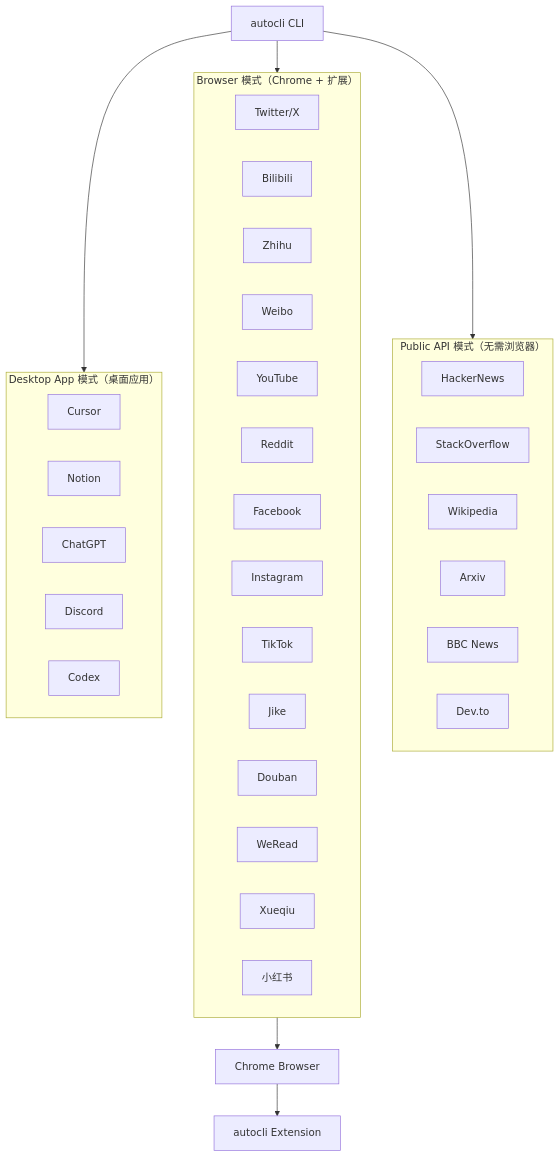
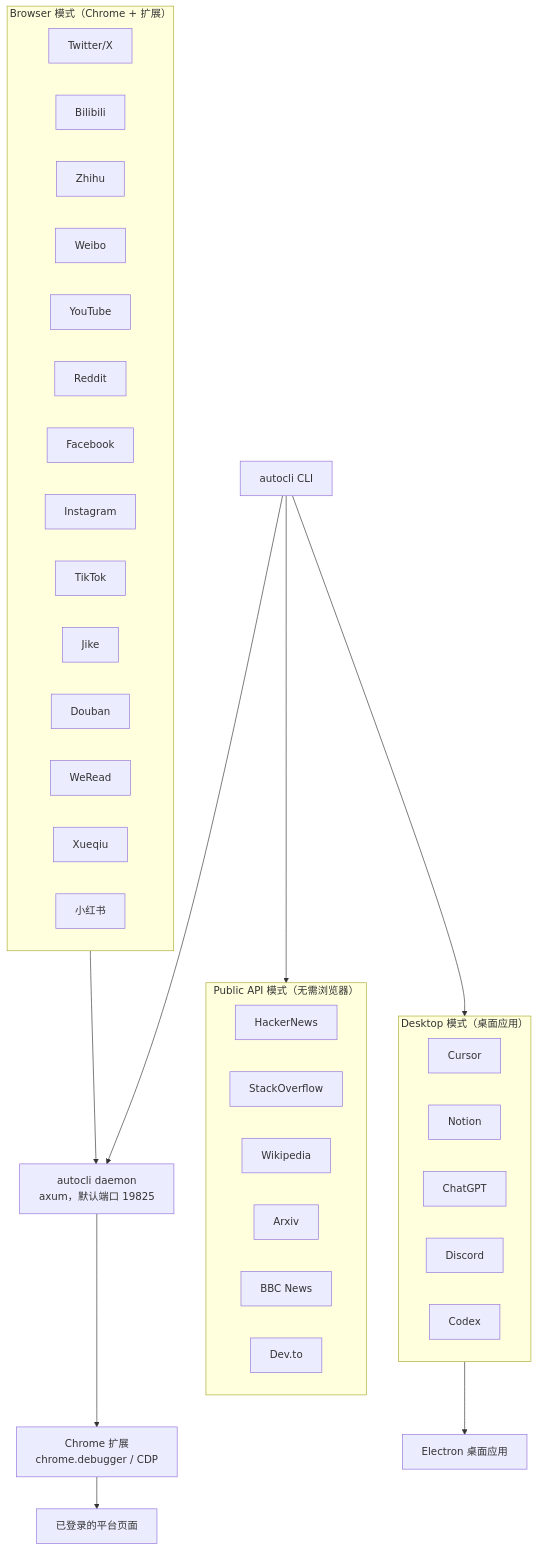
The diagram in content/posts/tech/autocli-skill-55-platforms-cli.md (A1pha3/text-matrix), drawn with Mermaid before and after one commit. The commit also changed other lines of this file and 331 other files, not shown here.

````diff
--- a/content/posts/tech/autocli-skill-55-platforms-cli.md
+++ b/content/posts/tech/autocli-skill-55-platforms-cli.md
@@ -67,43 +74,44 @@
 ```mermaid
 graph TB
  subgraph Public_API["Public API 模式（无需浏览器）"]
  HN[HackerNews]
  SO[StackOverflow]
  WIKI[Wikipedia]
  ARXIV[Arxiv]
  BBC[BBC News]
  DEV[Dev.to]
  end
 
  subgraph Browser_Mode["Browser 模式（Chrome + 扩展）"]
  TW[Twitter/X]
  BB[Bilibili]
  ZH[Zhihu]
  WB[Weibo]
  YT[YouTube]
  RD[Reddit]
  FB[Facebook]
  IG[Instagram]
  TT[TikTok]
  JK[Jike]
  DB[Douban]
  WR[WeRead]
  XQ[Xueqiu]
  BH[小红书]
  end
 
- subgraph Desktop_Mode["Desktop App 模式（桌面应用）"]
+ subgraph Desktop_Mode["Desktop 模式（桌面应用）"]
  CU[Cursor]
  NT[Notion]
  CG[ChatGPT]
  DC[Discord]
  CX[Codex]
  end
 
  CLI[autocli CLI] --> Public_API
- CLI --> Browser_Mode
+ CLI --> Daemon[autocli daemon<br/>axum，默认端口 19825]
+ Daemon --> Ext[Chrome 扩展<br/>chrome.debugger / CDP]
+ Ext --> Page[已登录的平台页面]
+ Browser_Mode --> Daemon
  CLI --> Desktop_Mode
-
- Browser_Mode --> Chrome[Chrome Browser]
- Chrome --> Extension[autocli Extension]
+ Desktop_Mode --> App[Electron 桌面应用]
 ```
````
